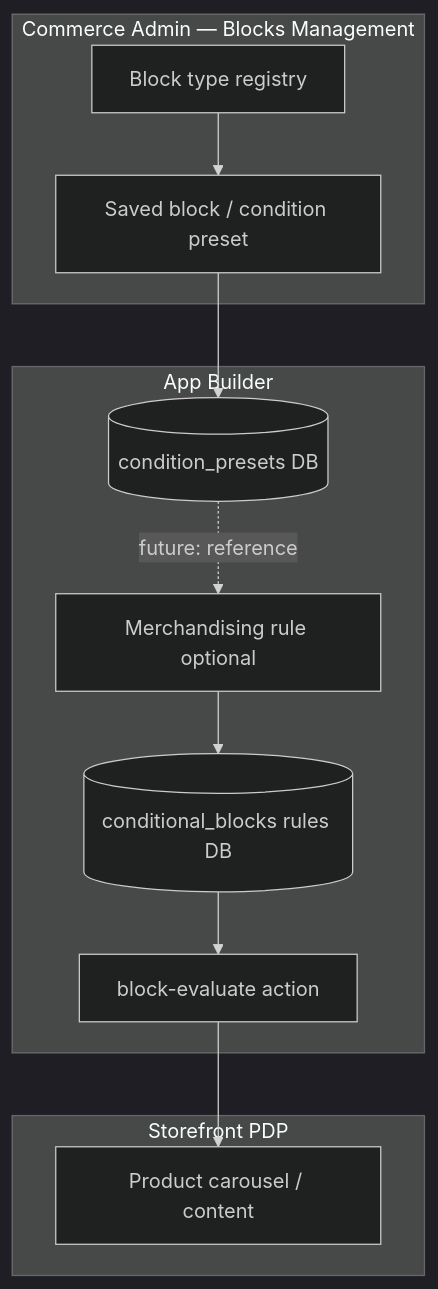
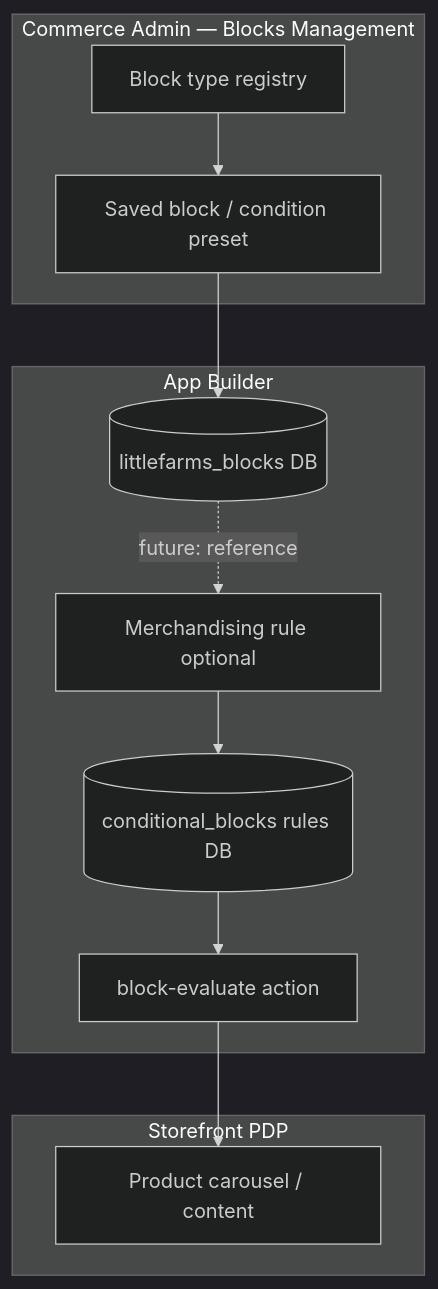
The diagram in docs/blocks-concepts.md (adobe-comm/littlefarms-appbuilder), drawn with Mermaid (dark theme) before and after one commit. The commit also changed other lines of this file and 18 other files, not shown here.

````diff
--- a/docs/blocks-concepts.md
+++ b/docs/blocks-concepts.md
@@ -7,22 +7,22 @@
 ```mermaid
 flowchart TB
   subgraph admin [Commerce Admin — Blocks Management]
     BT[Block type registry]
     SB[Saved block / condition preset]
     BT --> SB
   end
 
   subgraph runtime [App Builder]
-    PR[(condition_presets DB)]
+    PR[(littlefarms_blocks DB)]
     RR[(conditional_blocks rules DB)]
     EV[block-evaluate action]
     SB --> PR
     RULE[Merchandising rule optional] --> RR
     RR --> EV
     PR -.->|future: reference| RULE
   end
 
   subgraph storefront [Storefront PDP]
     EV --> CAR[Product carousel / content]
   end
 ```
````
